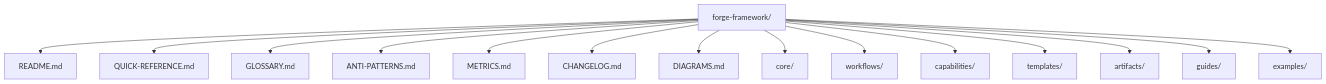
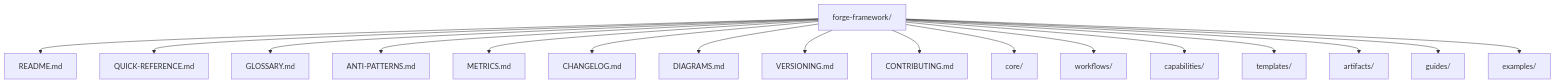
The ninth of 12 diagrams in forge-framework/DIAGRAMS.md (saileshkushwaha/AgenticWorld), drawn with Mermaid before and after one commit. The commit also changed other lines of this file and 9 other files, not shown here.

````diff
--- a/forge-framework/DIAGRAMS.md
+++ b/forge-framework/DIAGRAMS.md
@@ -122,18 +122,20 @@
 ```mermaid
 graph TD
     ROOT[forge-framework/]
     ROOT --> README[README.md]
     ROOT --> QR[QUICK-REFERENCE.md]
     ROOT --> GLOSSARY[GLOSSARY.md]
     ROOT --> ANTI[ANTI-PATTERNS.md]
     ROOT --> METRICS[METRICS.md]
     ROOT --> CHANGELOG[CHANGELOG.md]
     ROOT --> DIAGRAMS[DIAGRAMS.md]
+    ROOT --> VERSIONING[VERSIONING.md]
+    ROOT --> CONTRIBUTING[CONTRIBUTING.md]
     ROOT --> CORE[core/]
     ROOT --> WORKFLOWS[workflows/]
     ROOT --> CAPABILITIES[capabilities/]
     ROOT --> TEMPLATES[templates/]
     ROOT --> ARTIFACTS[artifacts/]
     ROOT --> GUIDES[guides/]
     ROOT --> EXAMPLES[examples/]
 ```
````
